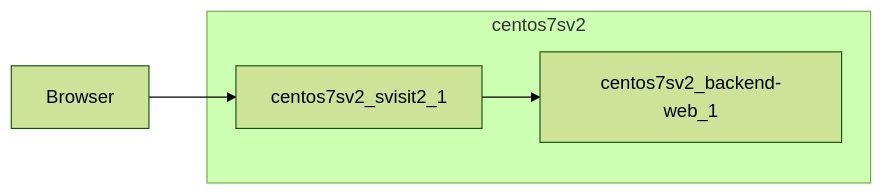
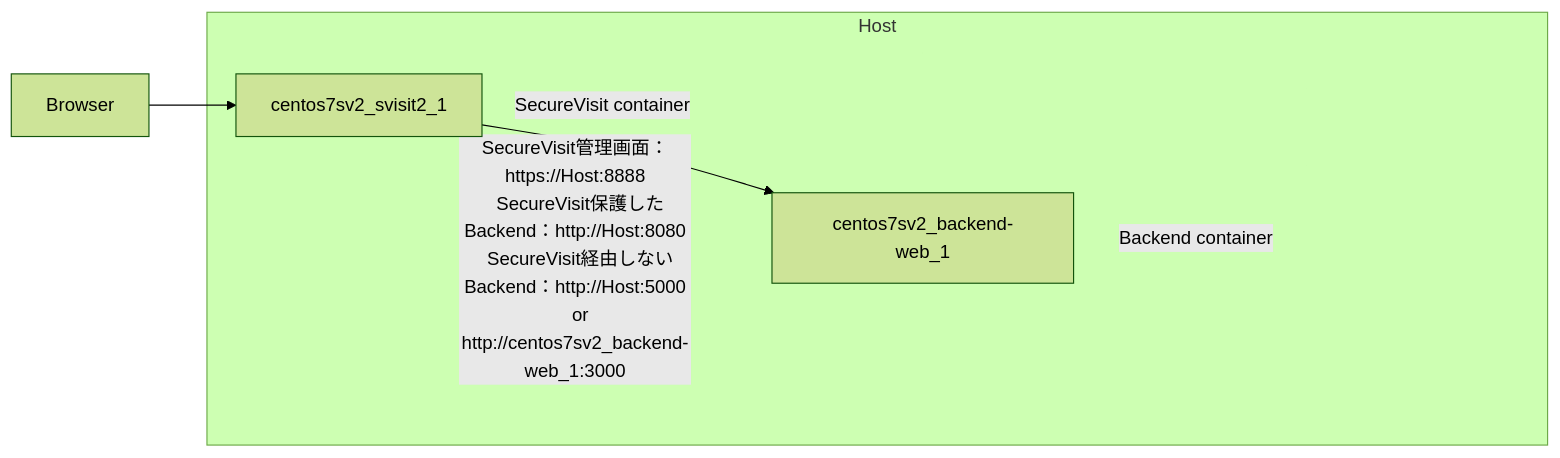
The diagram in README.md (feitianjapanlee/centos7sv2), drawn with Mermaid (forest theme) before and after one commit.

Commit message:
mermaid update

````diff
--- a/README.md
+++ b/README.md
@@ -8,9 +8,18 @@
 ```mermaid
 graph LR
   B[Browser]
-  subgraph centos7sv2
+  subgraph Host
     S[centos7sv2_svisit2_1]
     BE[centos7sv2_backend-web_1] 
   end
   B --> S --> BE
+  S ---|"
+  SecureVisit管理画面：https://Host:8888
+  SecureVisit保護したBackend：http://Host:8080
+  SecureVisit経由しないBackend：http://Host:5000
+   or http://centos7sv2_backend-web_1:3000
+  "|BE
+  S ---|"SecureVisit container"|S
+  BE ---|"Backend container"|BE
+  linkStyle 2,3,4 stroke-width:0px
 ```
````
